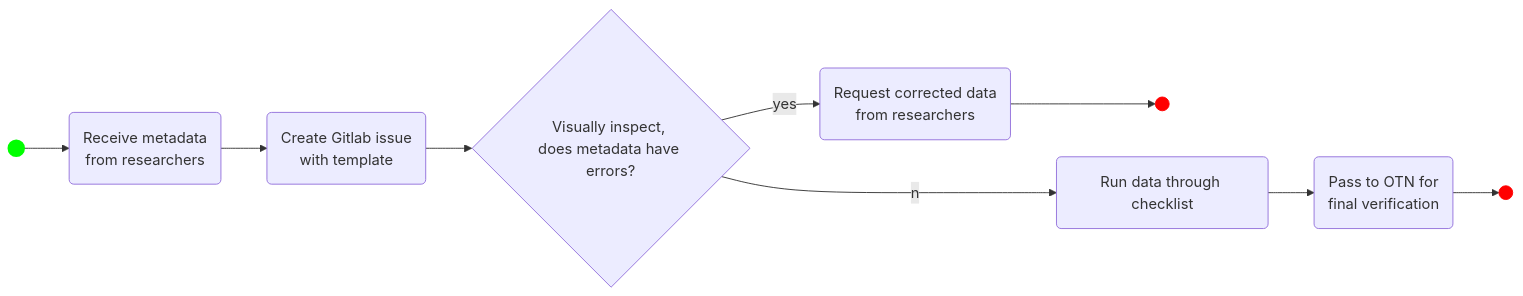
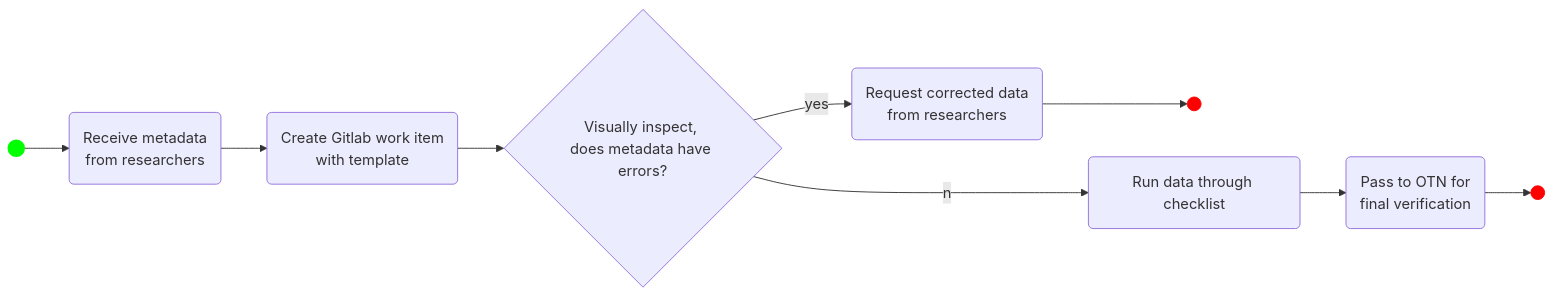
One commit to ocean-tracking-network/node-manager-training changed the diagram in _episodes/05_workflow_gitlab_dbeaver.md. Above: the diagram before and after it, drawn with Mermaid. The commit also changed other lines of this file and 8 other files, not shown here.

```diff
--- a/_episodes/05_workflow_gitlab_dbeaver.md
+++ b/_episodes/05_workflow_gitlab_dbeaver.md
@@ -26,14 +26,14 @@
 <pre class="mermaid">
 flowchart LR
     data_start(( )) --> get_data(Receive metadata </br>from researchers)
     style data_start fill:#00FF00,stroke:#00FF00,stroke-width:4px
-    get_data --> gitlab(Create Gitlab issue </br>with template)
+    get_data --> gitlab(Create Gitlab work item </br>with template)
     gitlab --> viz{Visually inspect, </br>does metadata have errors?}
     viz --yes--> req(Request corrected data </br>from researchers)
     req --> end1(( ))
     style end1 fill:#FF0000,stroke:#FF0000
     viz --no--> run_checklist(Run data through checklist)
     run_checklist --> otn_part(Pass to OTN for </br>final verification)
     otn_part --> end2(( ))
     style end2 fill:#FF0000,stroke:#FF0000
 </pre>
```
